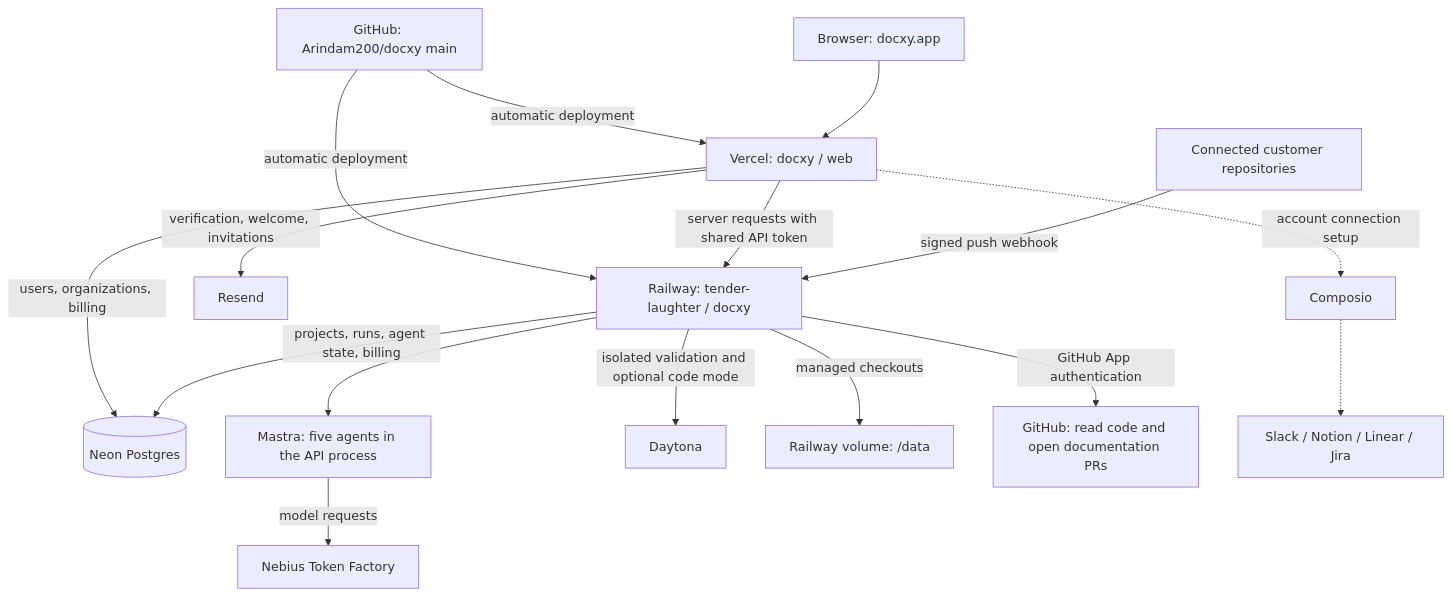
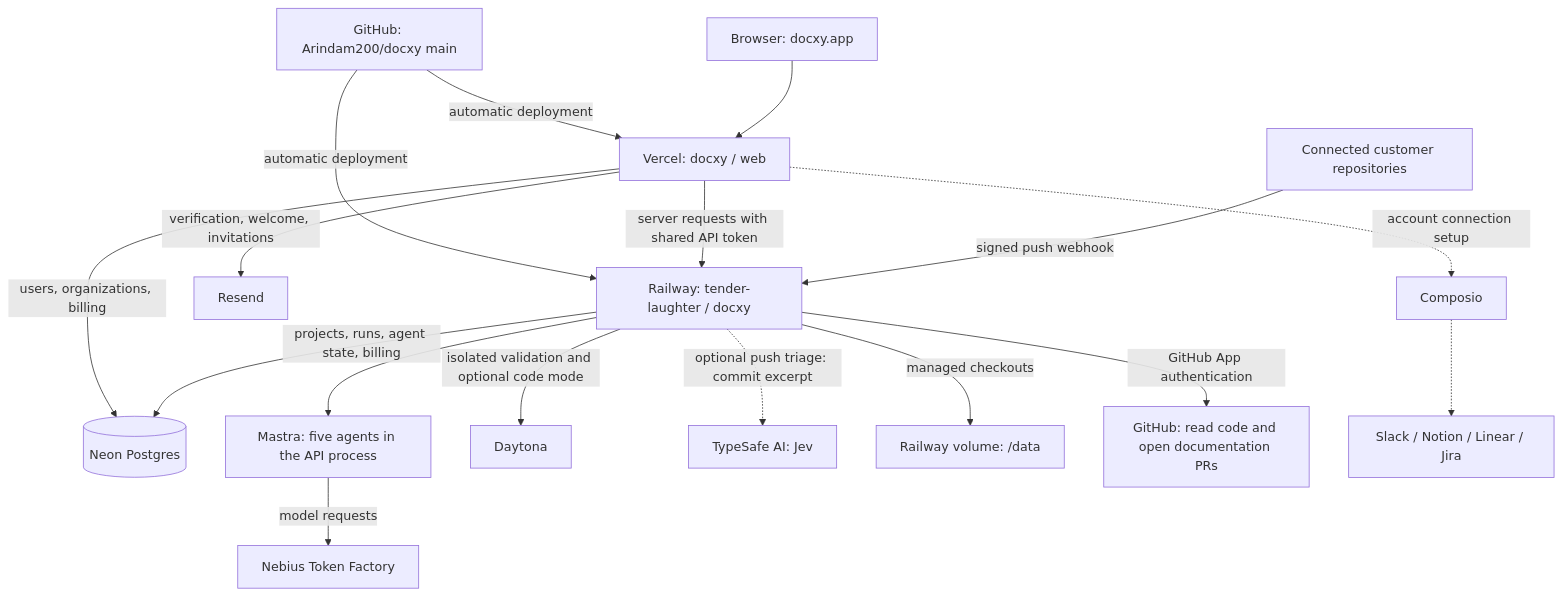
One commit to Arindam200/docxy changed the diagram in guides/CONNECTIONS.md. Above: the diagram before and after it, drawn with Mermaid. The commit also changed other lines of this file and 133 other files, not shown here.

````diff
--- a/guides/CONNECTIONS.md
+++ b/guides/CONNECTIONS.md
@@ -10,18 +10,19 @@
 ```mermaid
 flowchart TD
   Repo[GitHub: Arindam200/docxy main] -->|automatic deployment| Web[Vercel: docxy / web]
   Repo -->|automatic deployment| API[Railway: tender-laughter / docxy]
   Browser[Browser: docxy.app] --> Web
   Web -->|server requests with shared API token| API
   Web -->|users, organizations, billing| DB[(Neon Postgres)]
   API -->|projects, runs, agent state, billing| DB
   API --> Mastra[Mastra: five agents in the API process]
   Mastra -->|model requests| Nebius[Nebius Token Factory]
   API -->|isolated validation and optional code mode| Daytona[Daytona]
+  API -.->|optional push triage: commit excerpt| TypeSafe[TypeSafe AI: Jev]
   API -->|managed checkouts| Volume[Railway volume: /data]
   CustomerRepo[Connected customer repositories] -->|signed push webhook| API
   API -->|GitHub App authentication| GitHub[GitHub: read code and open documentation PRs]
   Web -->|verification, welcome, invitations| Resend[Resend]
   Web -.->|account connection setup| Composio[Composio]
   Composio -.-> Accounts[Slack / Notion / Linear / Jira]
 ```
````
